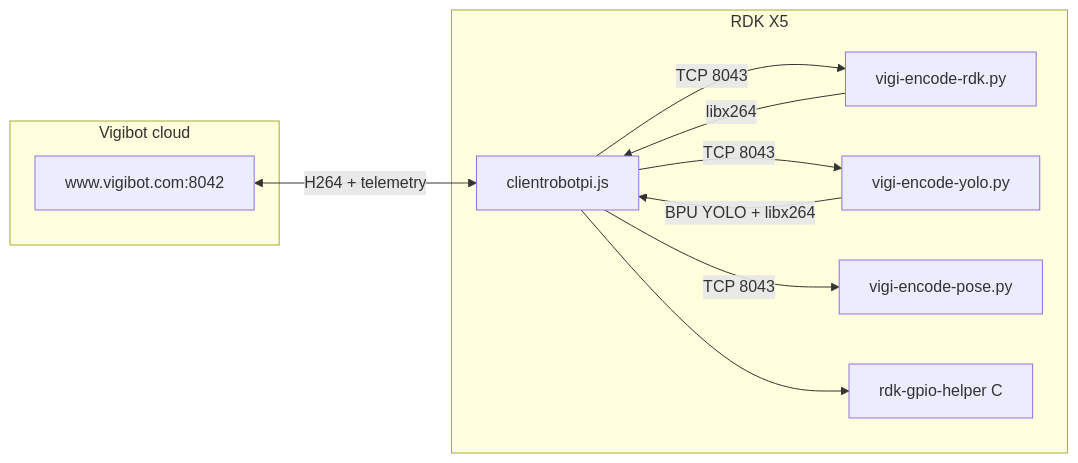
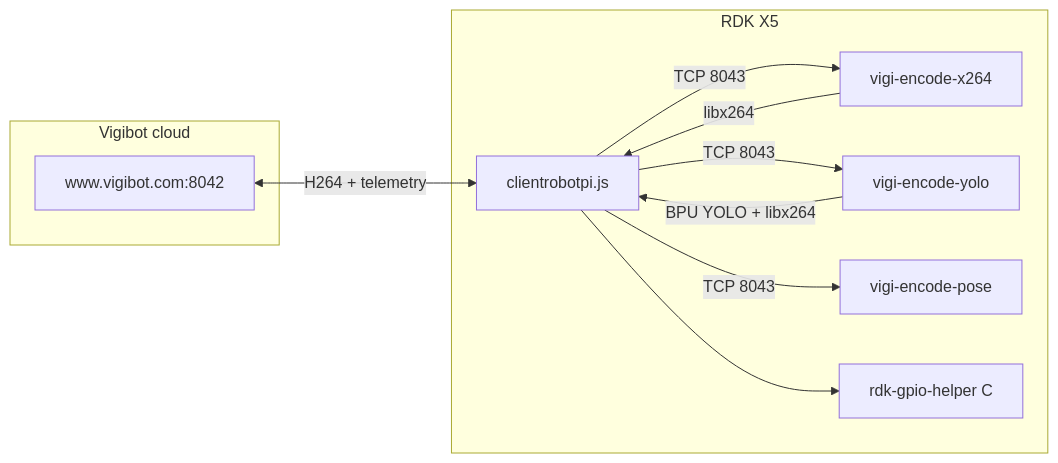
The diagram in README.md (XimunMendiburu-git/vigibot-rdk-x5), drawn with Mermaid before and after one commit. The commit also changed other lines of this file and 14 other files, not shown here.

````diff
--- a/README.md
+++ b/README.md
@@ -24,20 +24,20 @@
 ```mermaid
 flowchart LR
   subgraph vigibot [Vigibot cloud]
     Server["www.vigibot.com:8042"]
   end
   subgraph rdk [RDK X5]
     Node[clientrobotpi.js]
-    Enc0[vigi-encode-rdk.py]
-    Enc1[vigi-encode-yolo.py]
-    Enc2[vigi-encode-pose.py]
+    Enc0[vigi-encode-x264]
+    Enc1[vigi-encode-yolo]
+    Enc2[vigi-encode-pose]
     GpioBridge[rdk-gpio-helper C]
     Node -->|"TCP 8043"| Enc0
     Node -->|"TCP 8043"| Enc1
     Node -->|"TCP 8043"| Enc2
     Node --> GpioBridge
   end
   Server <-->|"H264 + telemetry"| Node
   Enc0 -->|libx264| Node
   Enc1 -->|"BPU YOLO + libx264"| Node
 ```
````
